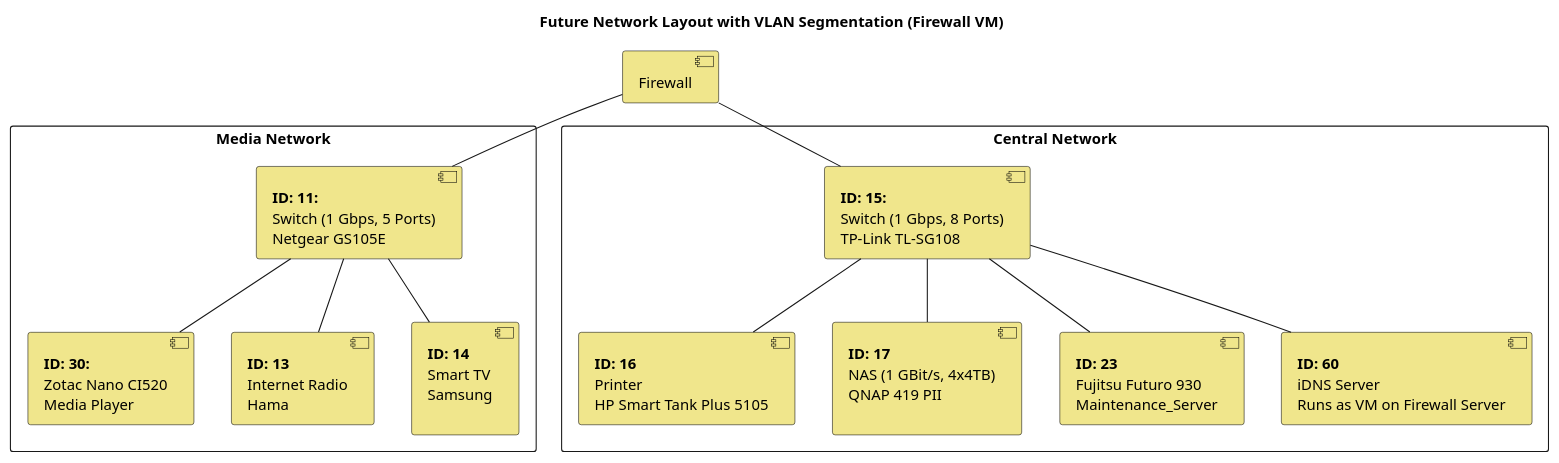
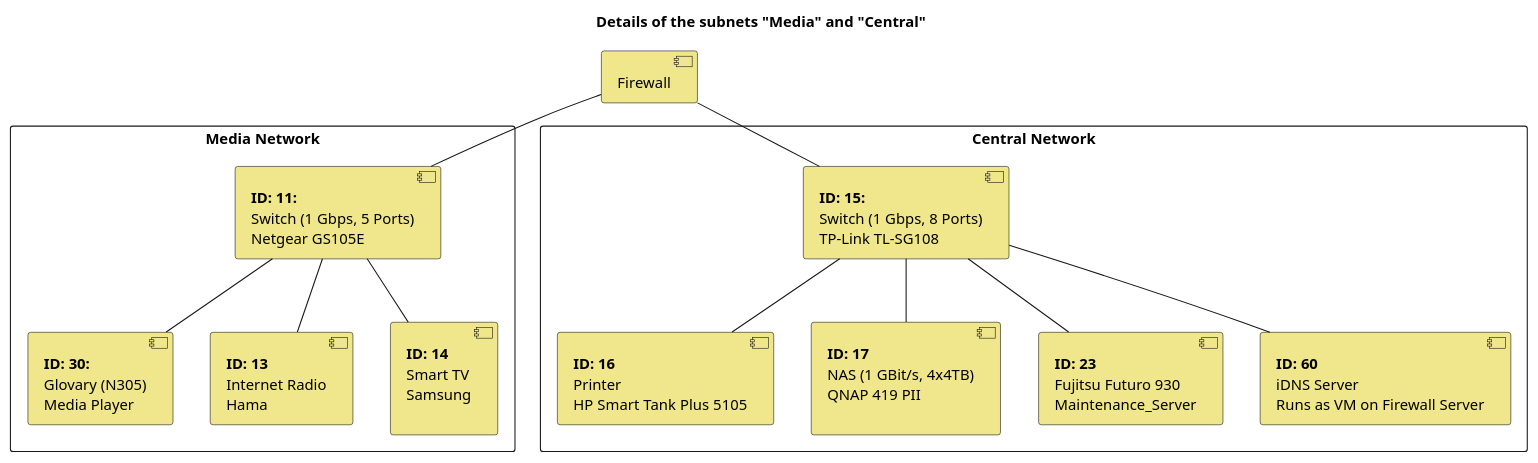
The diagram in home/update/details-central-media.puml (StefanSchade/setup-linux), drawn with PlantUML before and after one commit. The commit also changed 8 other files, not shown here.

```diff
--- a/home/update/details-central-media.puml
+++ b/home/update/details-central-media.puml
@@ -1,41 +1,41 @@
 @startuml
-title Future Network Layout with VLAN Segmentation (Firewall VM)
+title Details of the subnets "Media" and "Central" 
 
 [Firewall]
 
 skinparam component {
     BackgroundColor Khaki
     BorderColor Black
     FontColor Black
 }
 
 rectangle "Media Network" as Media {
     [**ID: 11:**\nSwitch (1 Gbps, 5 Ports)\nNetgear GS105E] as SWITCH_MEDIA
-    [**ID: 30:**\nZotac Nano CI520\nMedia Player] as MEDIAPLAYER_GLOVARY_N305
+    [**ID: 30:**\nGlovary (N305)\nMedia Player] as MEDIAPLAYER_GLOVARY_N305
 
     [**ID: 13**\nInternet Radio\nHama] as Media_Radio
     [**ID: 14**\nSmart TV\nSamsung\n] as Media_TV
 }
 
 rectangle "Central Network" as Central {
     [**ID: 15:**\nSwitch (1 Gbps, 8 Ports)\nTP-Link TL-SG108] as SWITCH_CENTRAL
     [**ID: 16**\nPrinter\nHP Smart Tank Plus 5105] as Central_Printer
     [**ID: 17**\nNAS (1 GBit/s, 4x4TB)\nQNAP 419 PII\n] as Central_NAS
     [**ID: 23**\nFujitsu Futuro 930\nMaintenance_Server] as Maintenance
     [**ID: 60**\niDNS Server\nRuns as VM on Firewall Server] as Dns
     
 }
 
 Firewall -- SWITCH_CENTRAL
 Firewall -- SWITCH_MEDIA
 
 SWITCH_MEDIA -- Media_Radio
 SWITCH_MEDIA -- Media_TV
 SWITCH_MEDIA -- MEDIAPLAYER_GLOVARY_N305
 
 SWITCH_CENTRAL -- Central_Printer
 SWITCH_CENTRAL -- Central_NAS
 SWITCH_CENTRAL -- Maintenance
 SWITCH_CENTRAL -- Dns
 
 @enduml
```
